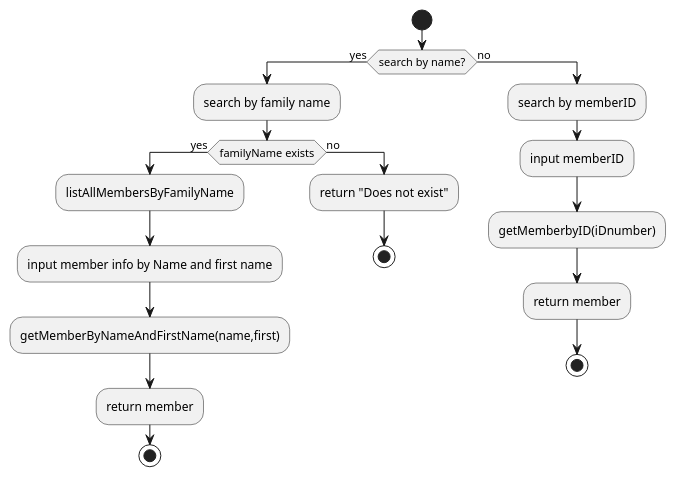
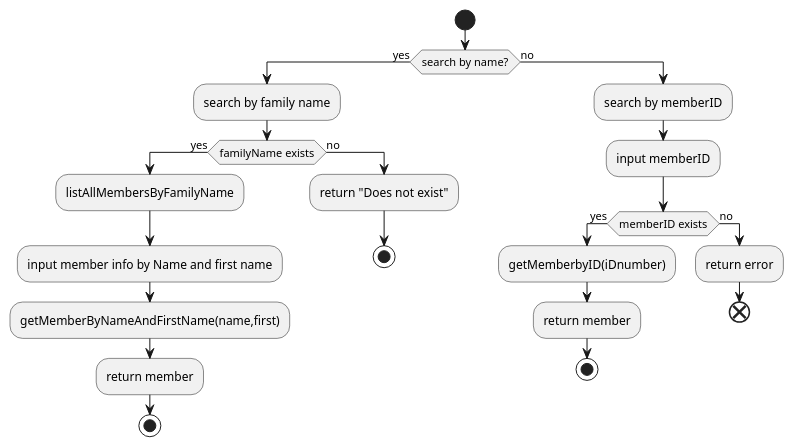
Before and after one commit to mausamtiwari/LibraryApp: the diagram in Analysis/FlowCharts/searchForMember.puml, drawn with PlantUML.

```diff
--- a/Analysis/FlowCharts/searchForMember.puml
+++ b/Analysis/FlowCharts/searchForMember.puml
@@ -1,31 +1,35 @@
 @startuml
 start;
 if(search by name?) then(yes);
 :search by family name;
        if(familyName exists) then(yes)
             :listAllMembersByFamilyName;
             :input member info by Name and first name;
             :getMemberByNameAndFirstName(name,first);
             :return member;
             stop;
         else(no)
         :return "Does not exist";
         stop;
         endif;
 else(no);
  :search by memberID;
  :input memberID;
+ if(memberID exists) then(yes)
  :getMemberbyID(iDnumber);
  :return member;
  stop
+ else(no)
+ :return error;
+ end
  endif;
 
 
 
 
 
 
 
 
 
 @enduml
```
